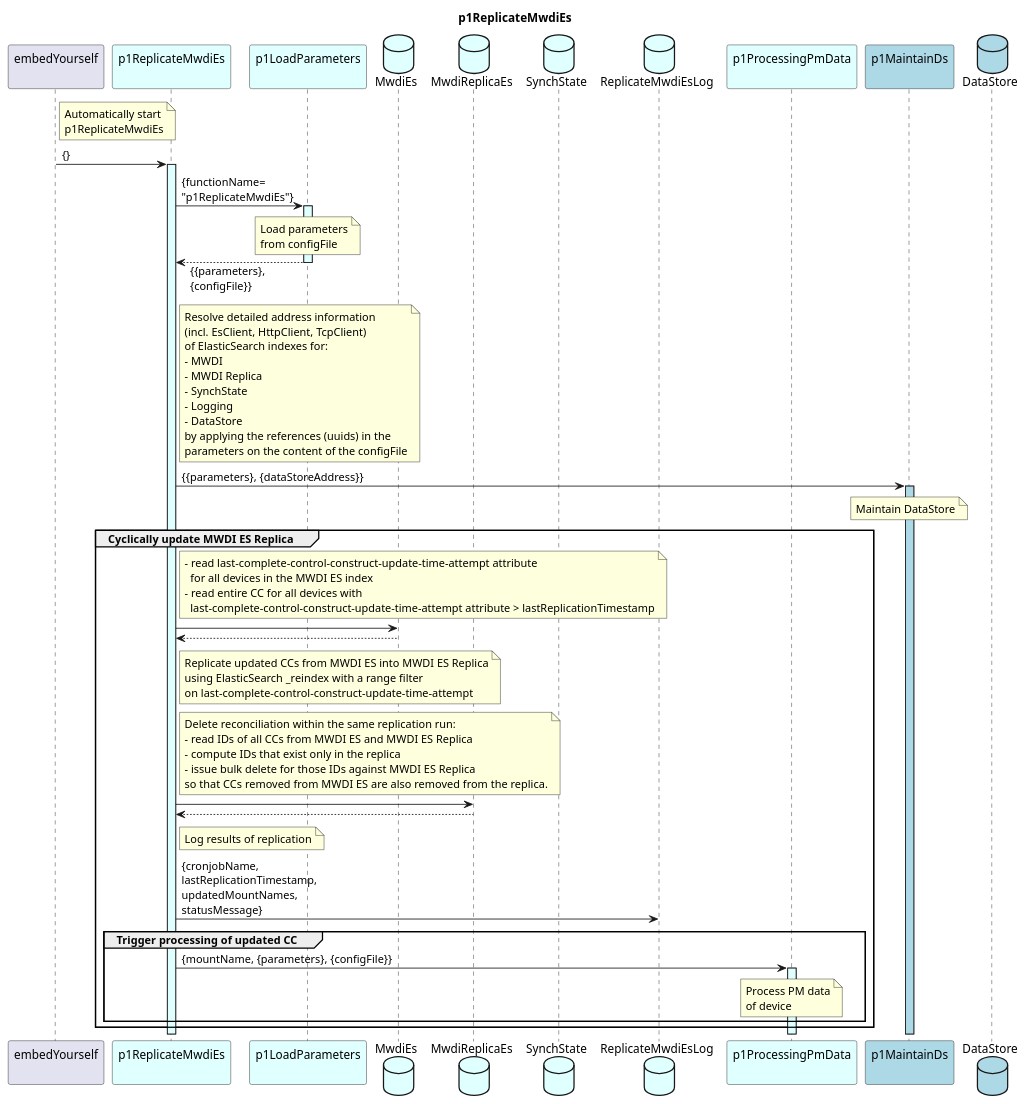
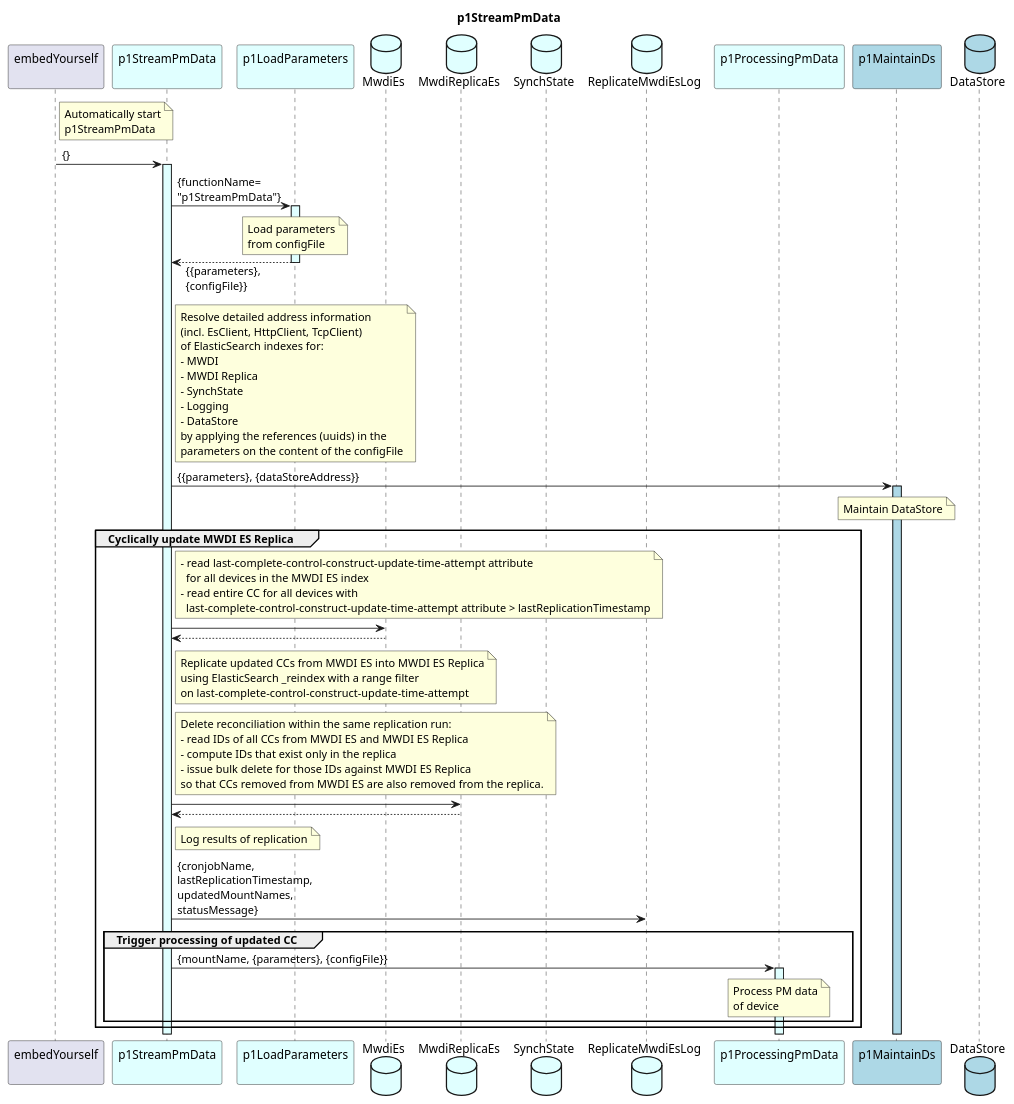
The diagram in spec/Functions/specificFunctions/p1ReplicateMwdiEs_old/p1ReplicateMwdiEs.plantuml (openBackhaul/DevicePerformanceManagementDataProcessor), drawn with PlantUML before and after one commit. The commit also changed 8 other files, not shown here.

Commit message:
Rename from p1ReplicateMwdiEs to p1StreamPmData

```diff
--- a/spec/Functions/specificFunctions/p1ReplicateMwdiEs_old/p1ReplicateMwdiEs.plantuml
+++ b/spec/Functions/specificFunctions/p1ReplicateMwdiEs_old/p1ReplicateMwdiEs.plantuml
@@ -1,101 +1,101 @@
-@startuml p1ReplicateMwdiEs
+@startuml p1StreamPmData
 skinparam responseMessageBelowArrow true
 
 title
-  p1ReplicateMwdiEs
+  p1StreamPmData
 end title
 
 participant "embedYourself\n" as embed
-participant "p1ReplicateMwdiEs\n" as p1RMWDI #LightCyan
+participant "p1StreamPmData\n" as p1RMWDI #LightCyan
 participant "p1LoadParameters\n" as p1LP #LightCyan
 
 database "MwdiEs" as mwdiEs #LightCyan
 database "MwdiReplicaEs" as MwdiReplicaEs #LightCyan
 database "SynchState" as synchState #LightCyan
 database "ReplicateMwdiEsLog" as log #LightCyan
 
 participant "p1ProcessingPmData\n" as p1ProOrch #LightCyan
 participant "p1MaintainDs\n" as p1MDS #LightBlue
 database "DataStore" as dataStore #LightBlue
 
 note right embed
   Automatically start
-  p1ReplicateMwdiEs
+  p1StreamPmData
 end note
 embed -> p1RMWDI : {}
 activate p1RMWDI #LightCyan
 
-  p1RMWDI -> p1LP : {functionName=\n"p1ReplicateMwdiEs"}
+  p1RMWDI -> p1LP : {functionName=\n"p1StreamPmData"}
   activate p1LP #LightCyan
     note over p1LP
       Load parameters
       from configFile
     end note
   p1RMWDI <-- p1LP : {{parameters},\n{configFile}}
   deactivate p1LP
 
   note right p1RMWDI
     Resolve detailed address information 
     (incl. EsClient, HttpClient, TcpClient)
     of ElasticSearch indexes for:
     - MWDI
     - MWDI Replica
     - SynchState
     - Logging
     - DataStore
     by applying the references (uuids) in the
     parameters on the content of the configFile
   end note
 
   p1RMWDI -> p1MDS : {{parameters}, {dataStoreAddress}}
   activate p1MDS #LightBlue
     note over p1MDS
       Maintain DataStore
     end note
 
   group Cyclically update MWDI ES Replica
 
     note right p1RMWDI
       - read last-complete-control-construct-update-time-attempt attribute
         for all devices in the MWDI ES index
       - read entire CC for all devices with
         last-complete-control-construct-update-time-attempt attribute > lastReplicationTimestamp
     end note
     p1RMWDI -> mwdiEs
     p1RMWDI <-- mwdiEs
 
     note right p1RMWDI
       Replicate updated CCs from MWDI ES into MWDI ES Replica
       using ElasticSearch _reindex with a range filter
       on last-complete-control-construct-update-time-attempt
     end note
 
     ' todo: Please, double check the design, it might not be necessary to clean up the Replica on every run
     note right p1RMWDI
       Delete reconciliation within the same replication run:
       - read IDs of all CCs from MWDI ES and MWDI ES Replica
       - compute IDs that exist only in the replica
       - issue bulk delete for those IDs against MWDI ES Replica
       so that CCs removed from MWDI ES are also removed from the replica.
     end note
     p1RMWDI -> MwdiReplicaEs
     p1RMWDI <-- MwdiReplicaEs
 
     note right p1RMWDI
       Log results of replication
     end note
     p1RMWDI -> log : {cronjobName,\nlastReplicationTimestamp,\nupdatedMountNames,\nstatusMessage}
 
 
     group Trigger processing of updated CC
       p1RMWDI -> p1ProOrch : {mountName, {parameters}, {configFile}}
       activate p1ProOrch #LightCyan
         note over p1ProOrch
           Process PM data
           of device
         end note
     end
 
   end
 
 @enduml
```
